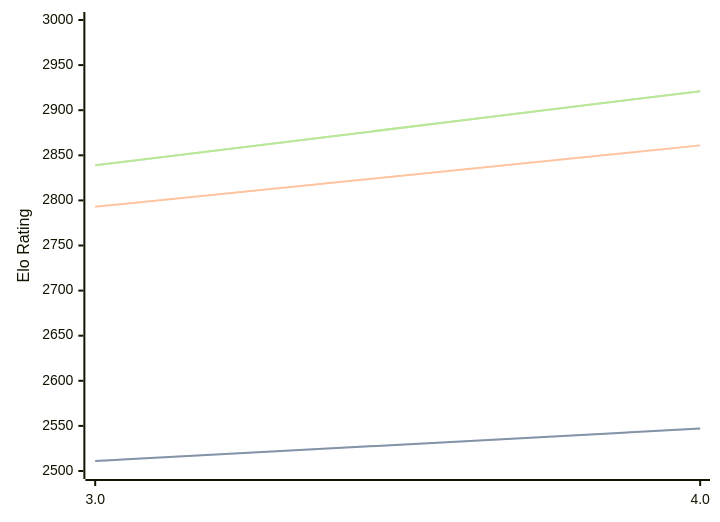
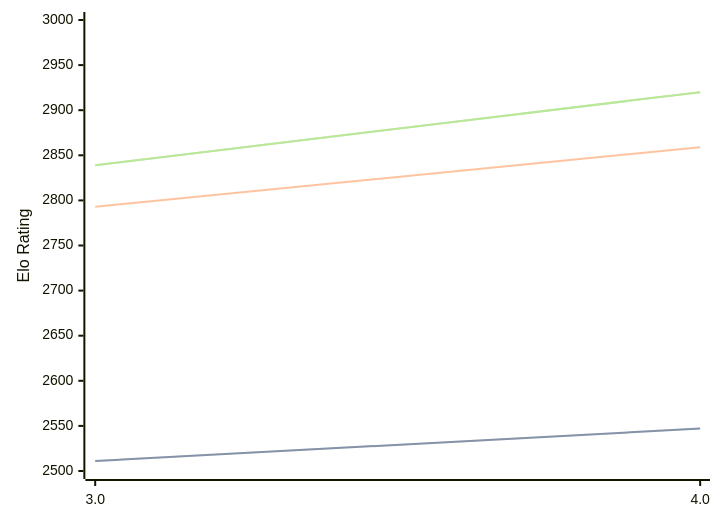
One commit to computer-chess-index/cci changed the diagram in engines/Chess3.md. Above: the diagram before and after it, drawn with Mermaid. The commit also changed other lines of this file, not shown here.

Commit message:
Update CCI Ratings (ELO VLTC) - 2026-04-29

````diff
--- a/engines/Chess3.md
+++ b/engines/Chess3.md
@@ -34,11 +34,11 @@
 ```mermaid
 %%{init: {"theme":"base","themeVariables":{"seriesColors:['#a3a3a3','#222221','#faa371']}}}%%
 xychart-beta
   x-axis ["3.0", "4.0"]
   y-axis "Elo Rating" 2500 --> 3000
   line "STC (8.0+0.08s)" [2511, 2547]
   line "STC (8.0+0.08s)" [2511, 2547]
-  line "LTC (60.0+0.60s)" [2793, 2861]
-  line "VLTC (2m24s+1.12s)" [2839, 2921]
-  line "VLTC (2m24s+1.12s)" [2839, 2921]
+  line "LTC (60.0+0.60s)" [2793, 2859]
+  line "VLTC (2m24s+1.12s)" [2839, 2920]
+  line "VLTC (2m24s+1.12s)" [2839, 2920]
 ```
````
